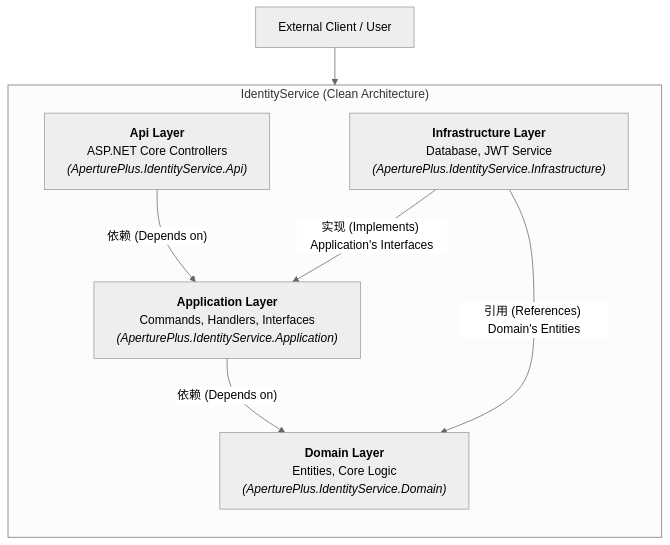
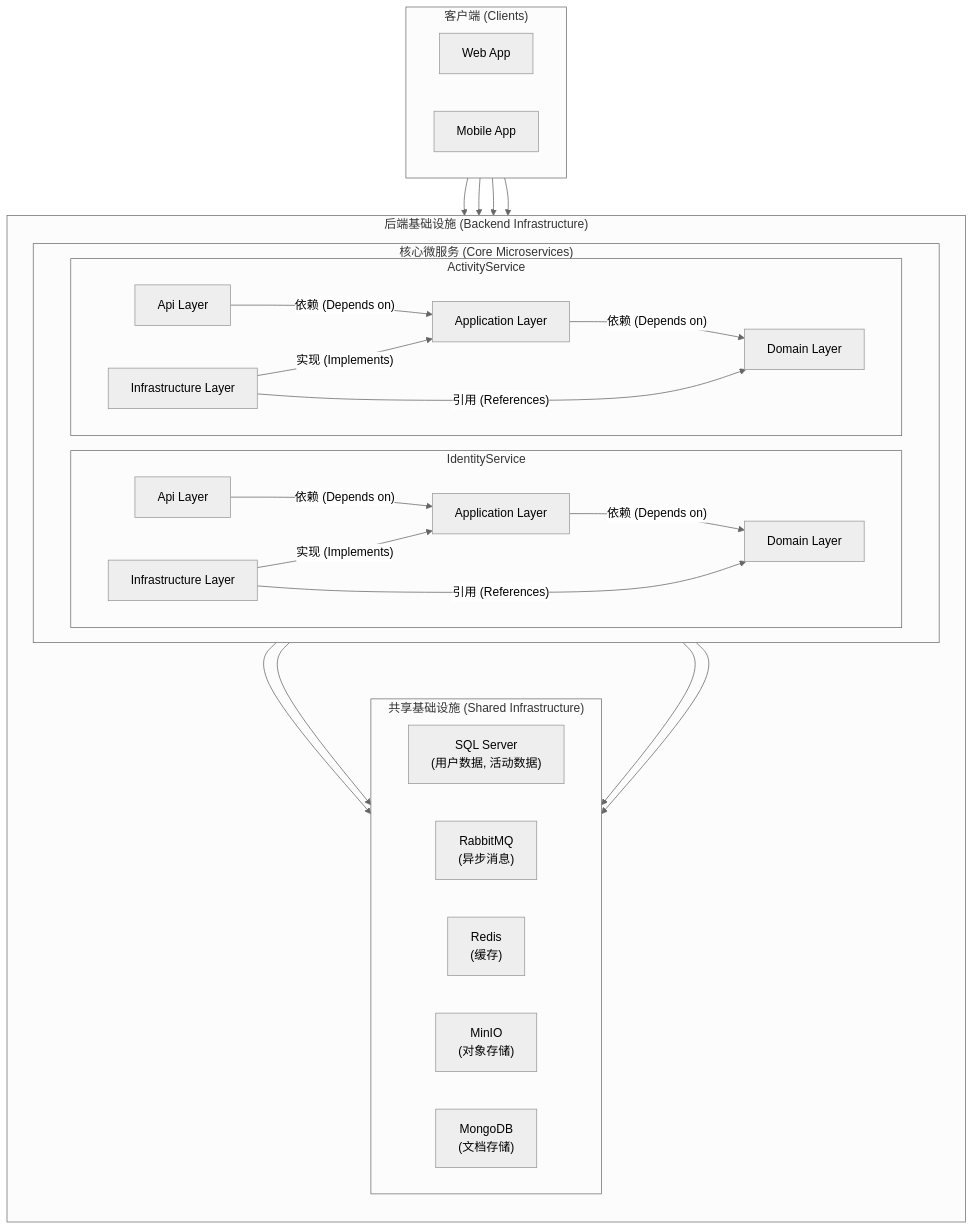
Before and after one commit to MadDogFG/AperturePlus: the diagram in README.md, drawn with Mermaid (neutral theme). The commit also changed other lines of this file, not shown here.

````diff
--- a/README.md
+++ b/README.md
@@ -12,19 +16,61 @@
 ```mermaid
 graph TD
-    subgraph "IdentityService (Clean Architecture)"
+    subgraph "客户端 (Clients)"
+        direction LR
+        WebApp["Web App"]
+        MobileApp["Mobile App"]
+    end
+
+    subgraph "后端基础设施 (Backend Infrastructure)"
         direction TB
         
-        Api["<b>Api Layer</b><br>ASP.NET Core Controllers<br><i>(AperturePlus.IdentityService.Api)</i>"]
-        App["<b>Application Layer</b><br>Commands, Handlers, Interfaces<br><i>(AperturePlus.IdentityService.Application)</i>"]
-        Domain["<b>Domain Layer</b><br>Entities, Core Logic<br><i>(AperturePlus.IdentityService.Domain)</i>"]
-        Infra["<b>Infrastructure Layer</b><br>Database, JWT Service<br><i>(AperturePlus.IdentityService.Infrastructure)</i>"]
+        subgraph "核心微服务 (Core Microservices)"
+            direction LR
+            
+            subgraph "IdentityService"
+                Api1["Api Layer"]
+                App1["Application Layer"]
+                Domain1["Domain Layer"]
+                Infra1["Infrastructure Layer"]
+            end
 
-        %% Dependencies (Arrows show the direction of dependency)
-        Api -- "依赖 (Depends on)" --> App
-        App -- "依赖 (Depends on)" --> Domain
-        Infra -- "实现 (Implements) Application's Interfaces" --> App
-        Infra -- "引用 (References) Domain's Entities" --> Domain
+            subgraph "ActivityService"
+                Api2["Api Layer"]
+                App2["Application Layer"]
+                Domain2["Domain Layer"]
+                Infra2["Infrastructure Layer"]
+            end
+        end
+
+        subgraph "共享基础设施 (Shared Infrastructure)"
+            direction LR
+            SQLServer["SQL Server<br>(用户数据, 活动数据)"]
+            RabbitMQ["RabbitMQ<br>(异步消息)"]
+            Redis["Redis<br>(缓存)"]
+            MinIO["MinIO<br>(对象存储)"]
+            Mongo["MongoDB<br>(文档存储)"]
+        end
+
+        %% Dependencies
+        Api1 -- "依赖 (Depends on)" --> App1
+        App1 -- "依赖 (Depends on)" --> Domain1
+        Infra1 -- "实现 (Implements)" --> App1
+        Infra1 -- "引用 (References)" --> Domain1
+
+        Api2 -- "依赖 (Depends on)" --> App2
+        App2 -- "依赖 (Depends on)" --> Domain2
+        Infra2 -- "实现 (Implements)" --> App2
+        Infra2 -- "引用 (References)" --> Domain2
+        
+        Infra1 --> SQLServer
+        Infra2 --> SQLServer
+        
+        Api1 --> RabbitMQ
+        Api2 --> RabbitMQ
     end
 
-    ExternalClient["External Client / User"] --> Api
+    WebApp --> Api1
+    WebApp --> Api2
+    MobileApp --> Api1
+    MobileApp --> Api2
 ```
````
